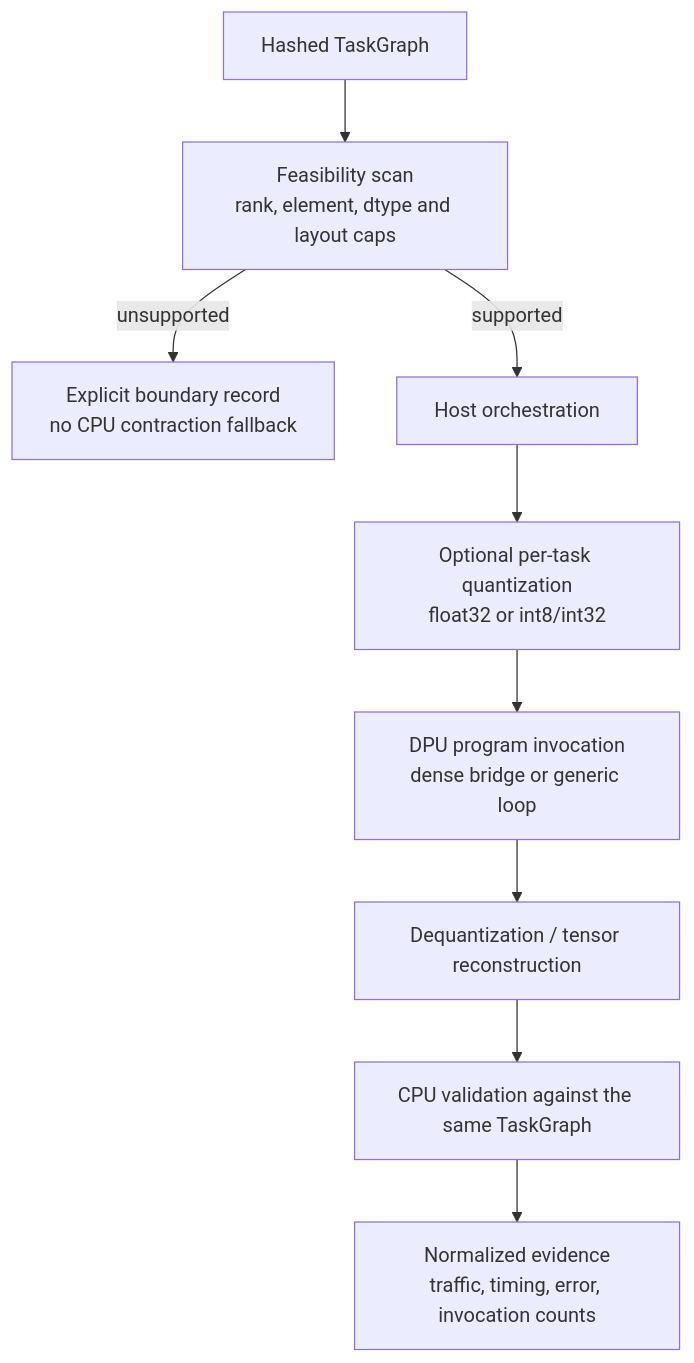
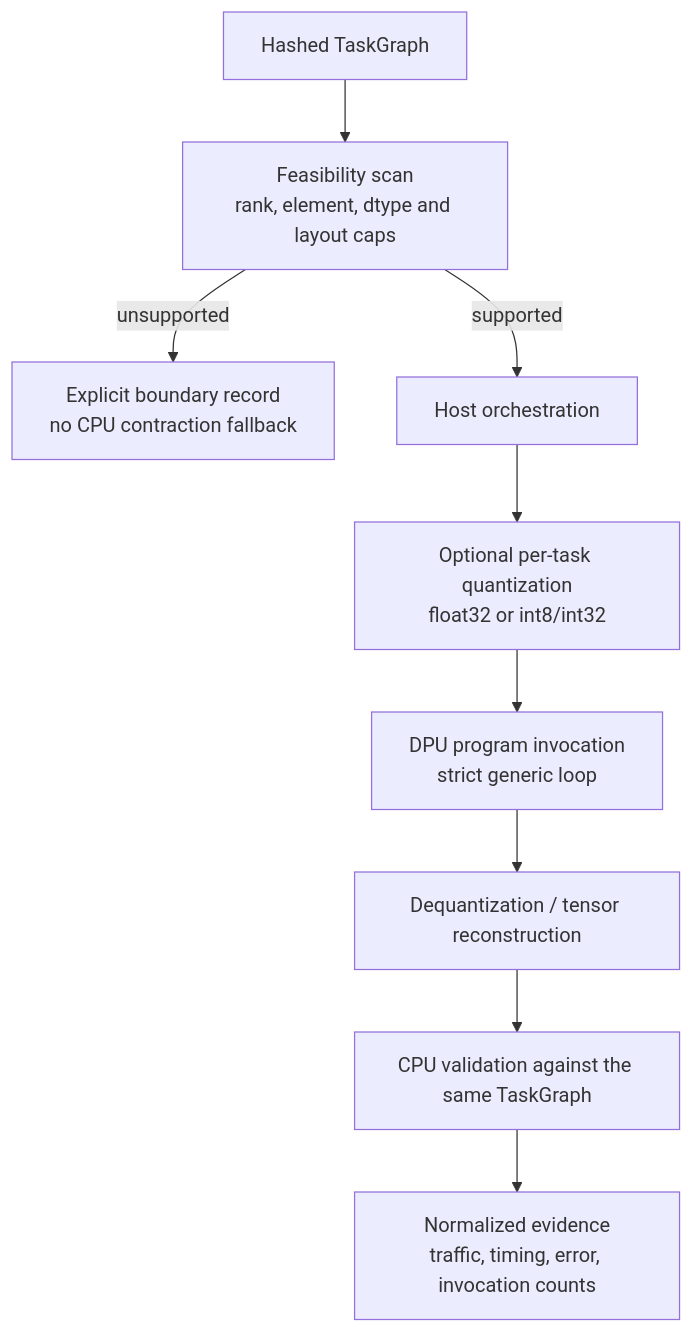
The third of 3 diagrams in thesis/implementation/ARCHITECTURE.md (kazulak/Masters), drawn with Mermaid before and after one commit. The commit also changed other lines of this file and 99 other files, not shown here.

````diff
--- a/thesis/implementation/ARCHITECTURE.md
+++ b/thesis/implementation/ARCHITECTURE.md
@@ -122,11 +121,11 @@
 ```mermaid
 flowchart TD
     G[Hashed TaskGraph] --> F[Feasibility scan<br/>rank, element, dtype and layout caps]
     F -->|unsupported| X[Explicit boundary record<br/>no CPU contraction fallback]
     F -->|supported| H[Host orchestration]
     H --> Q[Optional per-task quantization<br/>float32 or int8/int32]
-    Q --> D[DPU program invocation<br/>dense bridge or generic loop]
+    Q --> D[DPU program invocation<br/>strict generic loop]
     D --> R[Dequantization / tensor reconstruction]
     R --> V[CPU validation against the same TaskGraph]
     V --> E[Normalized evidence<br/>traffic, timing, error, invocation counts]
 ```
````
